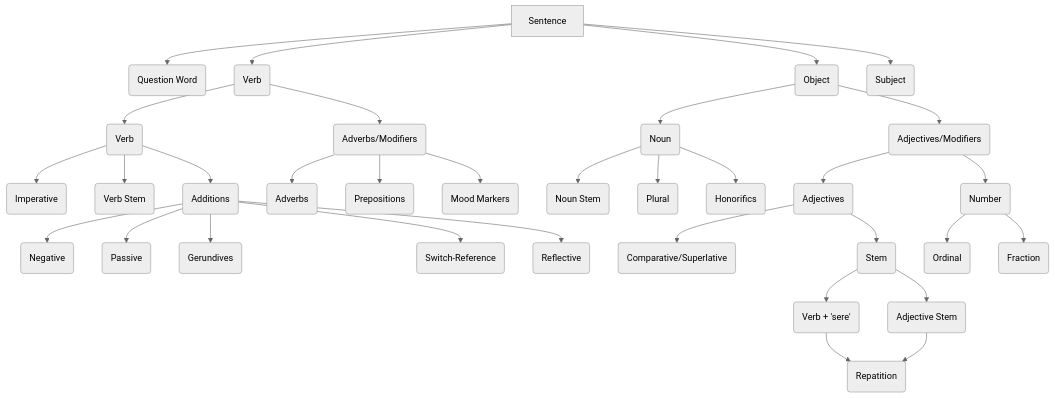
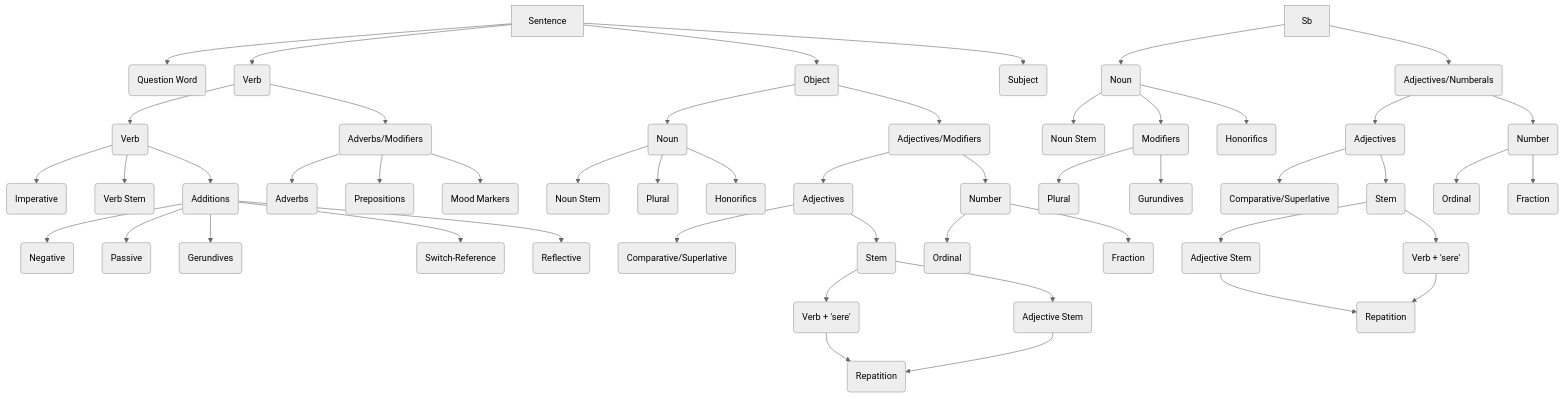
One commit to 17yb/Ti-iwo changed the diagram in README.md. Above: the diagram before and after it, drawn with Mermaid (neutral theme).

Commit message:
Adding Subject Tree

````diff
--- a/README.md
+++ b/README.md
@@ -4,36 +4,52 @@
 ```mermaid
 flowchart TD
     Sen[Sentence] 
     Sen--> QW(Question Word)
     Sen--> Vb(Verb)
     Sen--> Ob(Object)
     Sen--> Sub(Subject)
     Vb--> Verb(Verb)
     Vb--> AdM(Adverbs/Modifiers)
     Verb--> Im(Imperative)
     Verb--> VbSt(Verb Stem)
     Verb--> VbAd(Additions)
     VbAd--> NgVb(Negative)
     VbAd--> PaVb(Passive)
     VbAd--> GeVB(Gerundives)
     VbAd--> SRVb(Switch-Reference)
     VbAd--> ReVb(Reflective)
     AdM--> Adv(Adverbs)
     AdM--> Prep(Prepositions)
     AdM--> MM(Mood Markers)
     Ob--> ObN(Noun)
     ObN--> ObSt(Noun Stem)
     ObN--> ObPl(Plural)
     ObN--> ObHo(Honorifics)
     Ob--> ObM(Adjectives/Modifiers)
     ObM--> ObAd(Adjectives)
     ObAd--> ObSC(Comparative/Superlative)
     ObAd--> ObASt(Stem)
     ObASt--> ObVSt("Verb + 'sere'")
     ObASt--> ObAdSt(Adjective Stem)
     ObVSt & ObAdSt--> ObRe(Repatition)
     ObM--> ObNum(Number)
     ObNum--> ObOrd(Ordinal)
     ObNum--> ObFra(Fraction)
+    Sb--> SbN(Noun)
+    SbN--> SbSt(Noun Stem)
+    SbN--> SbNM(Modifiers)
+    SbNM--> SbPl(Plural)
+    SbNM--> SbGer(Gurundives)
+    SbN--> SbHo(Honorifics)
+    Sb--> SbAdN(Adjectives/Numberals)
+    SbAdN--> SbAd(Adjectives)
+    SbAd--> SbSC(Comparative/Superlative)
+    SbAd--> SbAdSt(Stem)
+    SbAdSt--> SbAdjSt(Adjective Stem)
+    SbAdSt--> SbAdVb("Verb + 'sere'")
+    SbAdjSt & SbAdVb--> SbAdRe(Repatition)
+    SbAdN--> SbNum(Number)
+    SbNum--> SbOrd(Ordinal)
+    SbNum--> SbFra(Fraction)
 
 ```
````
